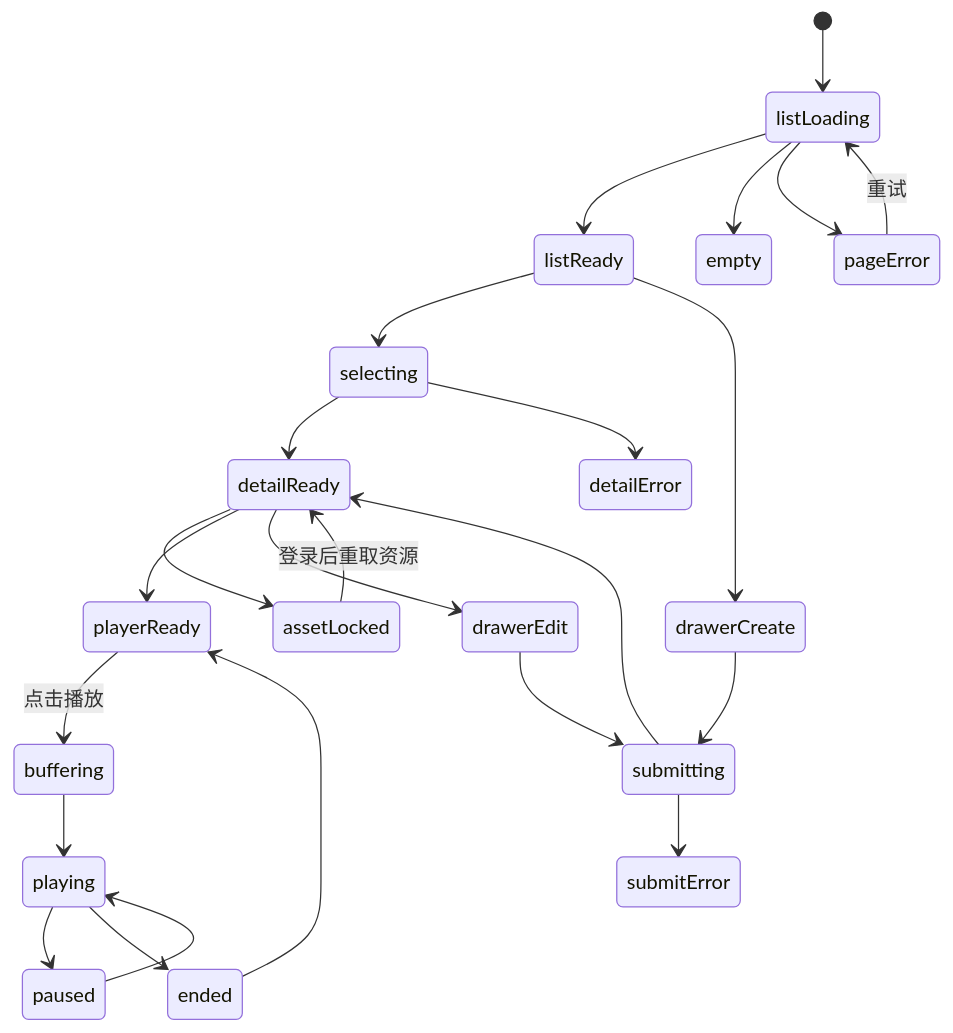
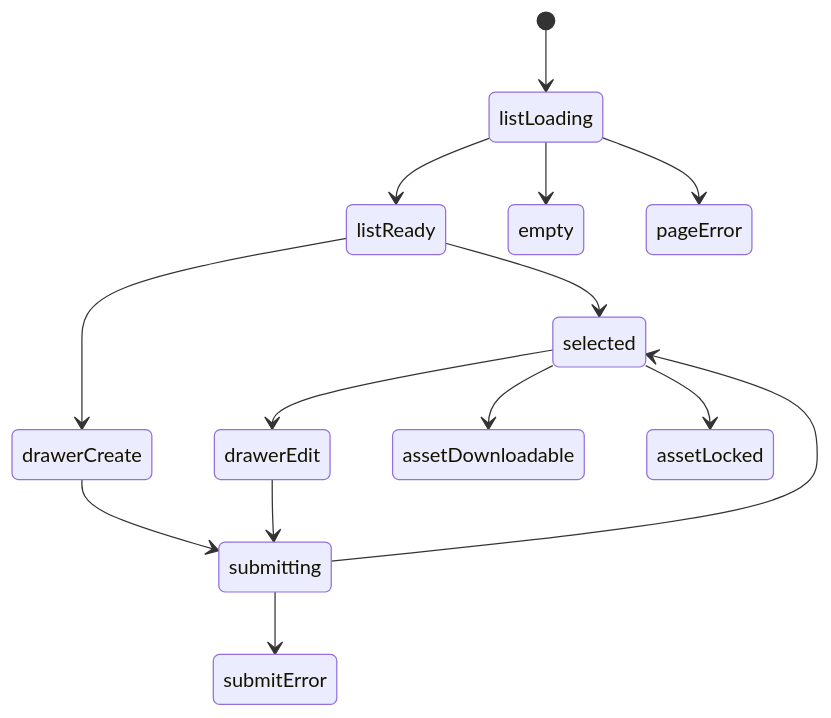
Before and after one commit to Albertlearnpython/RememberMyself: the diagram in docs/implementation/modules/music-module-spec.zh-CN.md, drawn with Mermaid. The commit also changed other lines of this file and 23 other files, not shown here.

````diff
--- a/docs/implementation/modules/music-module-spec.zh-CN.md
+++ b/docs/implementation/modules/music-module-spec.zh-CN.md
@@ -158,30 +116,19 @@
 ```mermaid
 stateDiagram-v2
     [*] --> listLoading
     listLoading --> listReady
     listLoading --> empty
     listLoading --> pageError
 
-    listReady --> selecting
-    selecting --> detailReady
-    selecting --> detailError
+    listReady --> selected
+    selected --> drawerEdit
+    listReady --> drawerCreate
 
-    detailReady --> assetLocked
-    detailReady --> playerReady
-    playerReady --> buffering: 点击播放
-    buffering --> playing
-    playing --> paused
-    paused --> playing
-    playing --> ended
-    ended --> playerReady
-
-    detailReady --> drawerEdit
-    listReady --> drawerCreate
     drawerCreate --> submitting
     drawerEdit --> submitting
-    submitting --> detailReady
+    submitting --> selected
     submitting --> submitError
 
-    assetLocked --> detailReady: 登录后重取资源
-    pageError --> listLoading: 重试
+    selected --> assetDownloadable
+    selected --> assetLocked
 ```
````
